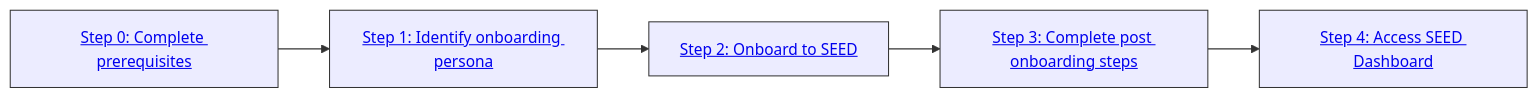
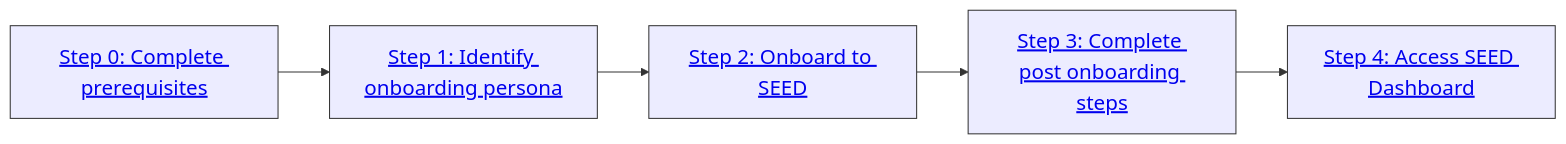
One commit to GovTechSG/seed-primer-documentation changed the second of 2 diagrams in getting-started.md. Above: the diagram before and after it, drawn with Mermaid.

````diff
--- a/getting-started.md
+++ b/getting-started.md
@@ -20,21 +20,21 @@
 ```mermaid
-%%{init: {'theme': 'default','themeVariables': { 'fontSize': '15px' }}}%%
+%%{init: {'theme': 'default','themeVariables': { 'fontSize': '20px' }}}%%
 graph LR
     A["<a href='https://docs.developer.tech.gov.sg/docs/staging-seed-primer/getting-started?id=step-0-ensure-you-meet-the-required-prerequisites'>Step 0: Complete prerequisites</a>"]
     B["<a href='https://docs.developer.tech.gov.sg/docs/staging-seed-primer/getting-started?id=step-1-identify-your-onboarding-persona'>Step 1: Identify onboarding persona</a>"]
     C["<a href='https://docs.developer.tech.gov.sg/docs/staging-seed-primer/getting-started?id=step-2-onboard-device-to-seed'>Step 2: Onboard to SEED</a>"]
     D["<a href='https://docs.developer.tech.gov.sg/docs/staging-seed-primer/post-onboarding-steps'>Step 3: Complete post onboarding steps</a>"]
     E["<a href='https://docs.developer.tech.gov.sg/docs/staging-seed-primer/dashboard'>Step 4: Access SEED Dashboard</a>"]
 
     style A  stroke:#333, max-width: 800px;
     style B  stroke:#333, max-width: 800px;
     style C  stroke:#333, max-width: 800px;
     style D  stroke:#333, max-width: 800px;
     style E  stroke:#333, max-width: 800px;
     
     A --> B
     B --> C
     C --> D
     D --> E
 
 ```
````
